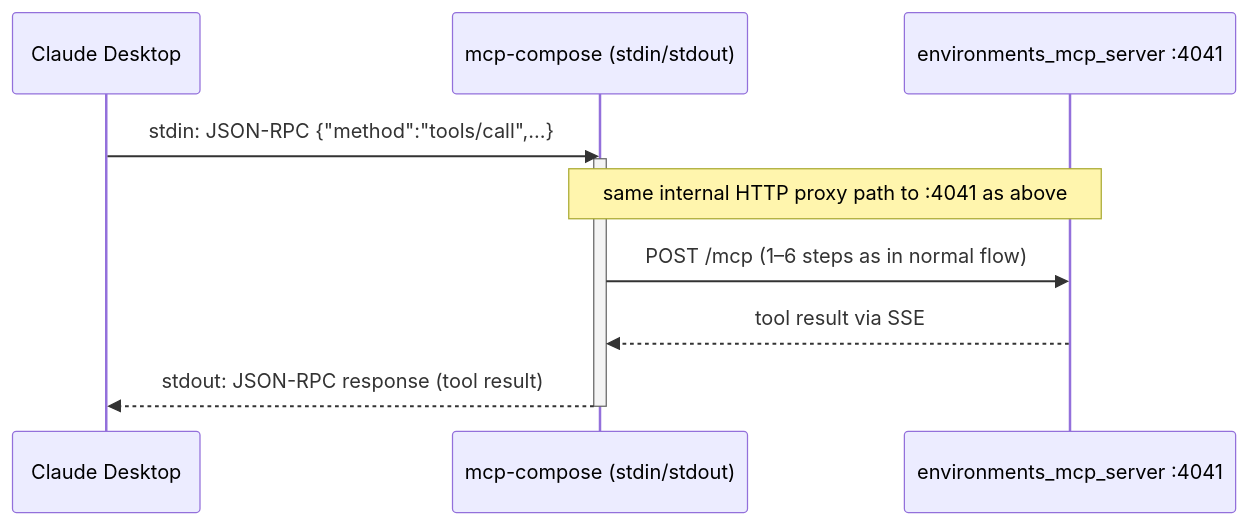
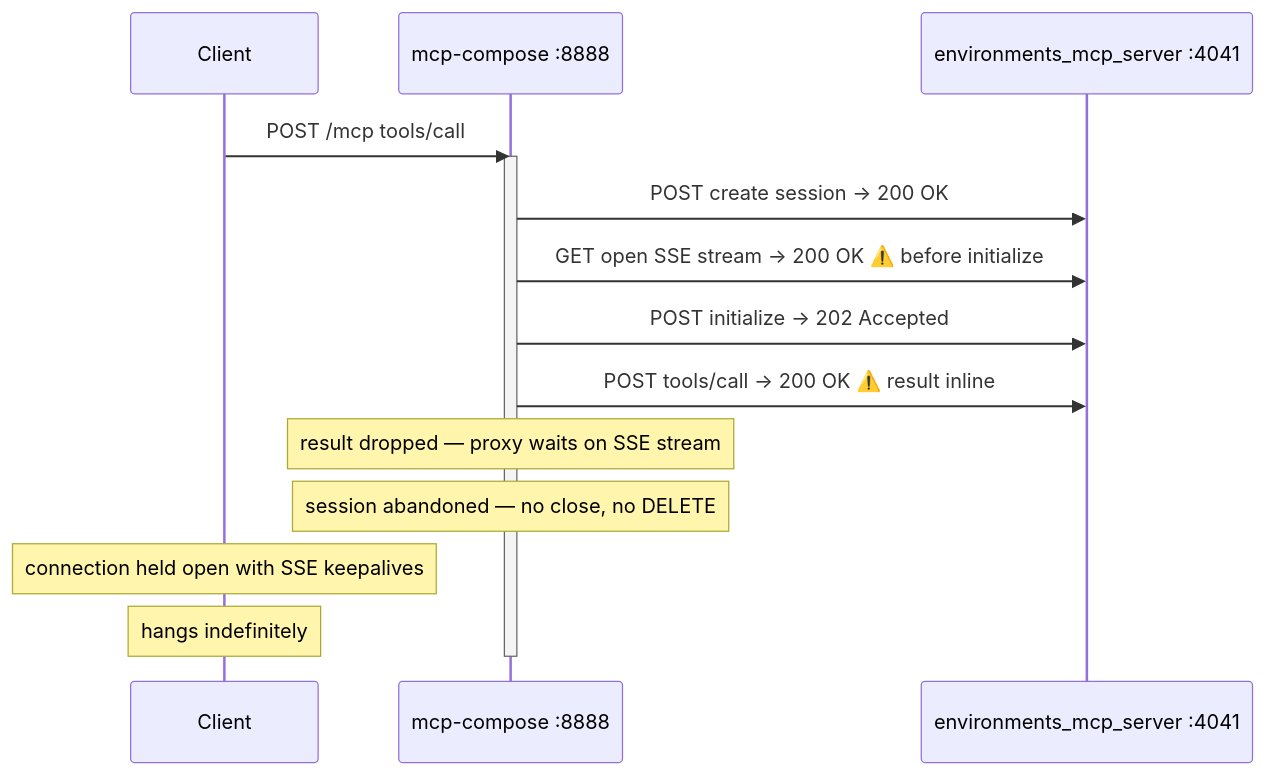
Before and after one commit to anaconda/anaconda-mcp: the third of 4 diagrams in tests/qa/_ai_docs/hang_issue/KI-011-HTTP-PROXY-HANG.md, drawn with Mermaid. The commit also changed other lines of this file and 1 other file, not shown here.

````diff
--- a/tests/qa/_ai_docs/hang_issue/KI-011-HTTP-PROXY-HANG.md
+++ b/tests/qa/_ai_docs/hang_issue/KI-011-HTTP-PROXY-HANG.md
@@ -133,16 +87,18 @@
 ```mermaid
 sequenceDiagram
-    participant CD as Claude Desktop
-    participant P  as mcp-compose (stdin/stdout)
-    participant B  as environments_mcp_server :4041
+    participant C as Client
+    participant P as mcp-compose :8888
+    participant B as environments_mcp_server :4041
 
-    CD->>P: stdin: JSON-RPC  {"method":"tools/call",...}
+    C->>P: POST /mcp  tools/call
     activate P
-
-    Note over P,B: same internal HTTP proxy path to :4041 as above
-    P->>B: POST /mcp  (1–6 steps as in normal flow)
-    B-->>P: tool result via SSE
-
-    P-->>CD: stdout: JSON-RPC response (tool result)
+    P->>B: POST  create session  → 200 OK
+    P->>B: GET   open SSE stream → 200 OK  ⚠️ before initialize
+    P->>B: POST  initialize      → 202 Accepted
+    P->>B: POST  tools/call      → 200 OK  ⚠️ result inline
+    Note over P: result dropped — proxy waits on SSE stream
+    Note over P: session abandoned — no close, no DELETE
+    Note over C: connection held open with SSE keepalives
+    Note over C: hangs indefinitely
     deactivate P
 ```
````
